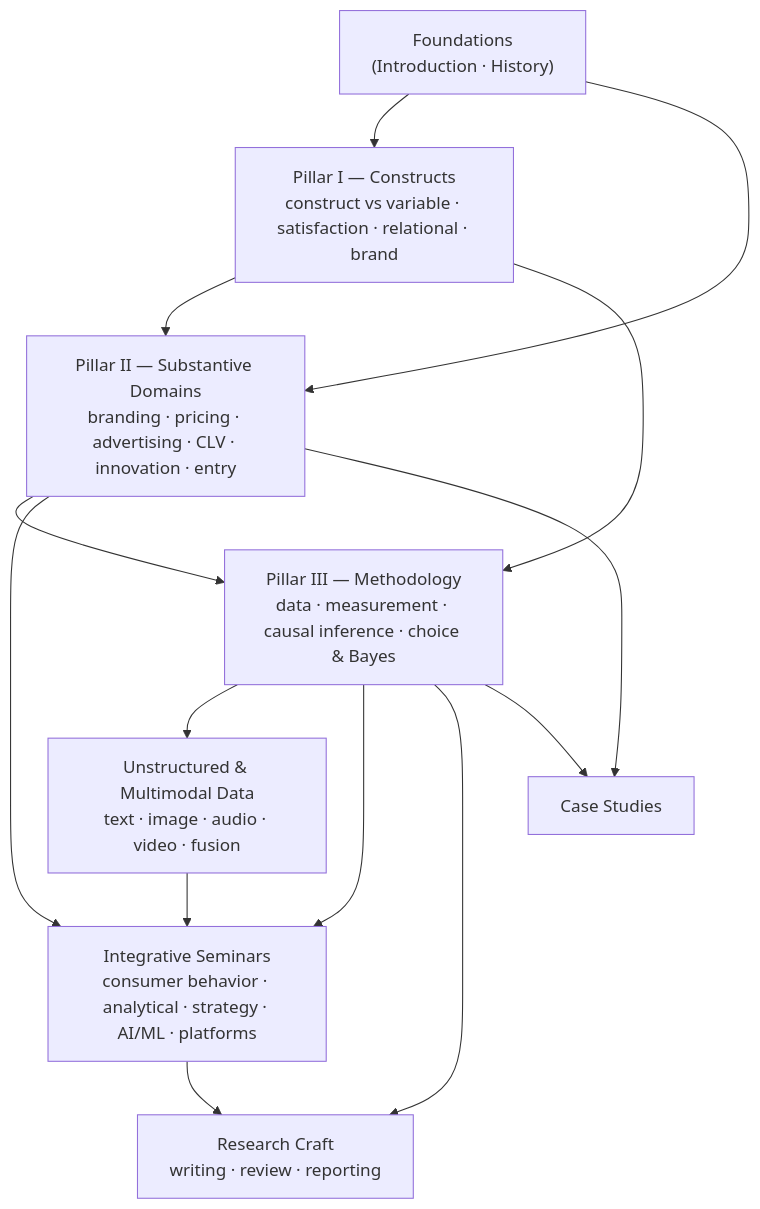
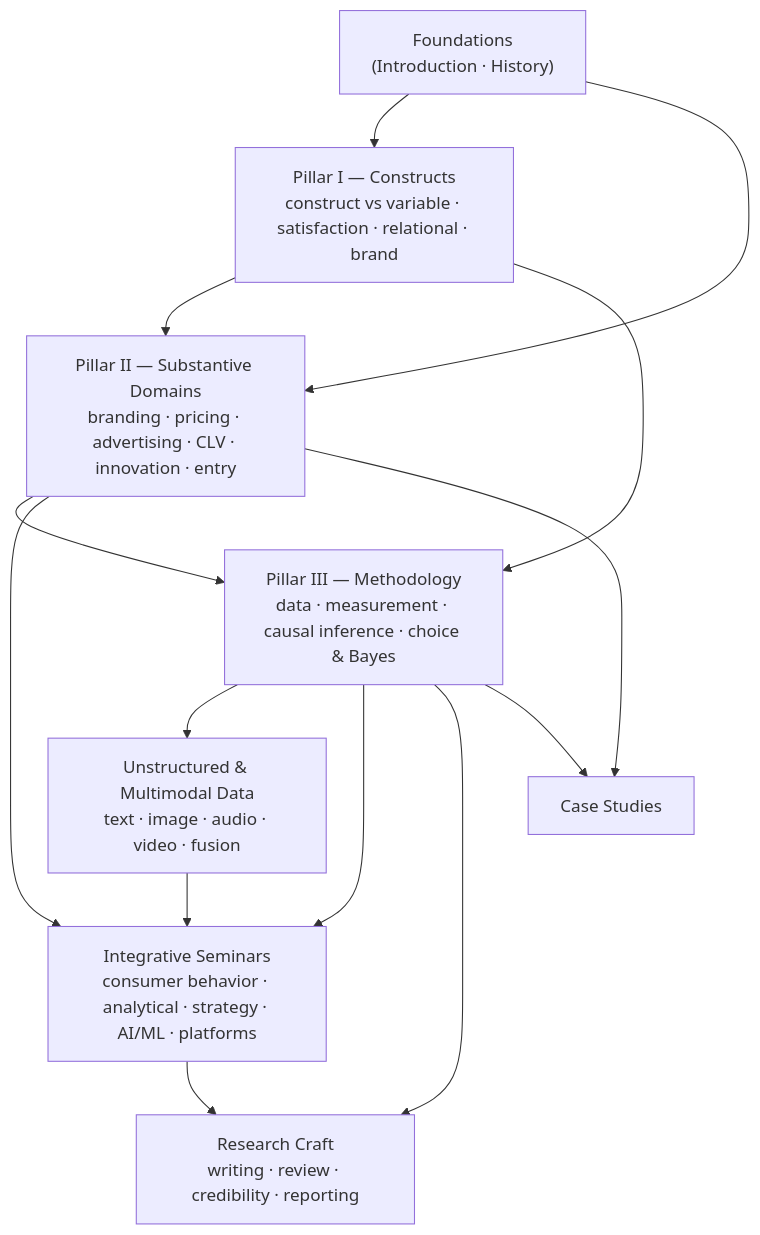
One commit to mikenguyen13/marketing_research changed the diagram in 01-introduction.qmd. Above: the diagram before and after it, drawn with Mermaid. The commit also changed other lines of this file and 5 other files, not shown here.

First line of the commit message:
Split credibility revolution out of the review-process chapter

````diff
--- a/01-introduction.qmd
+++ b/01-introduction.qmd
@@ -64,27 +64,27 @@
 ```{mermaid}
 %%| label: fig-book-map
 %%| fig-cap: "Organization of the book around the three pillars. Constructs and substantive domains motivate the methodology that serves them; the data and seminar parts extend methodology outward; research craft and cases build on all of it. Arrows denote 'is prerequisite for', not strict reading order."
 flowchart TD
     F["Foundations<br/>(Introduction · History)"]
     C["Pillar I — Constructs<br/>construct vs variable · satisfaction · relational · brand"]
     D["Pillar II — Substantive Domains<br/>branding · pricing · advertising · CLV · innovation · entry"]
     M["Pillar III — Methodology<br/>data · measurement · causal inference · choice &amp; Bayes"]
     U["Unstructured &amp; Multimodal Data<br/>text · image · audio · video · fusion"]
     S["Integrative Seminars<br/>consumer behavior · analytical · strategy · AI/ML · platforms"]
-    R["Research Craft<br/>writing · review · reporting"]
+    R["Research Craft<br/>writing · review · credibility · reporting"]
     K["Case Studies"]
 
     F --> C
     F --> D
     C --> D
     C --> M
     D --> M
     M --> U
     M --> S
     D --> S
     U --> S
     M --> R
     S --> R
     D --> K
     M --> K
 ```
````
